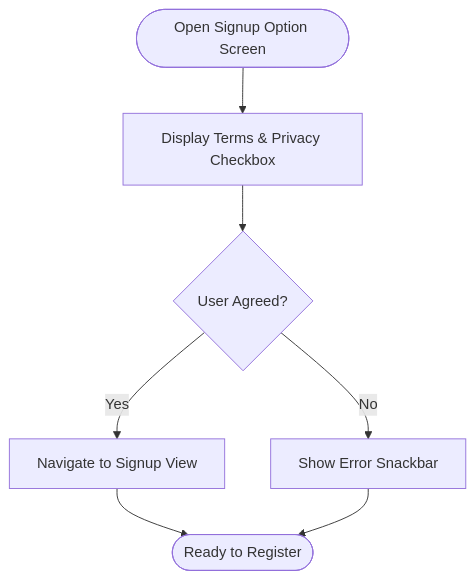
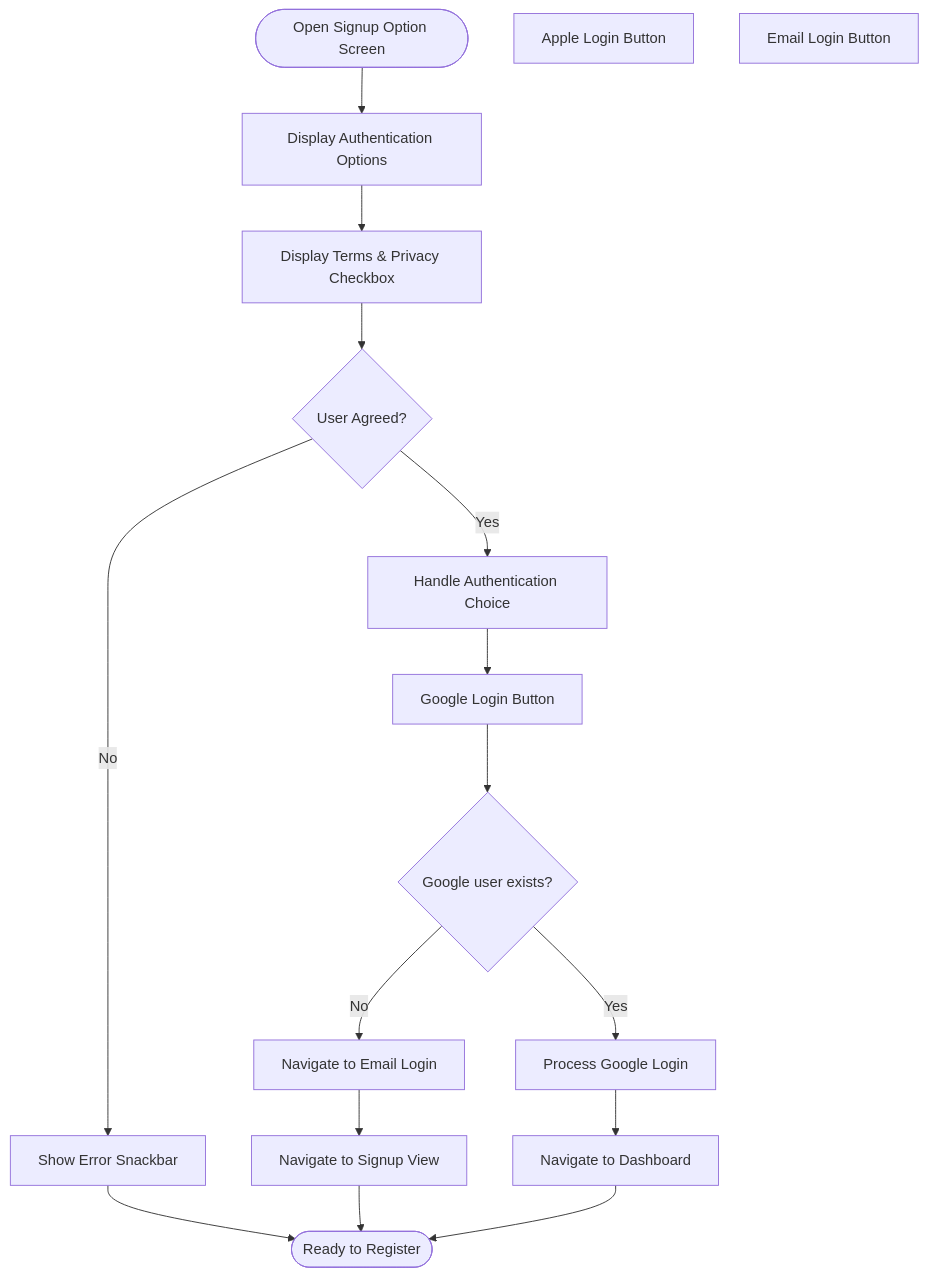
Before and after one commit to Ariful3111/FurniGo: the sixth of 10 diagrams in .qoder/repowiki/en/content/Core Features/Authentication System/Registration System.md, drawn with Mermaid. The commit also changed other lines of this file and 11 other files, not shown here.

````diff
--- a/.qoder/repowiki/en/content/Core Features/Authentication System/Registration System.md
+++ b/.qoder/repowiki/en/content/Core Features/Authentication System/Registration System.md
@@ -221,9 +420,19 @@
 ```mermaid
 flowchart TD
-Start(["Open Signup Option Screen"]) --> Terms["Display Terms & Privacy Checkbox"]
+Start(["Open Signup Option Screen"]) --> DisplayOptions["Display Authentication Options"]
+DisplayOptions --> Terms["Display Terms & Privacy Checkbox"]
 Terms --> UserChoice{"User Agreed?"}
 UserChoice --> |No| ShowError["Show Error Snackbar"]
-UserChoice --> |Yes| Navigate["Navigate to Signup View"]
+UserChoice --> |Yes| HandleAuth["Handle Authentication Choice"]
+HandleAuth --> GoogleLogin["Google Login Button"]
+HandleApple["Apple Login Button"]
+HandleEmail["Email Login Button"]
+GoogleLogin --> CheckGoogleUser{"Google user exists?"}
+CheckGoogleUser --> |Yes| ProcessGoogle["Process Google Login"]
+CheckGoogleUser --> |No| NavigateEmail["Navigate to Email Login"]
+ProcessGoogle --> NavigateDashboard["Navigate to Dashboard"]
+NavigateEmail --> Navigate["Navigate to Signup View"]
+ShowError --> End(["Stop"])
 Navigate --> End(["Ready to Register"])
-ShowError --> End
+NavigateDashboard --> End
 ```
````
